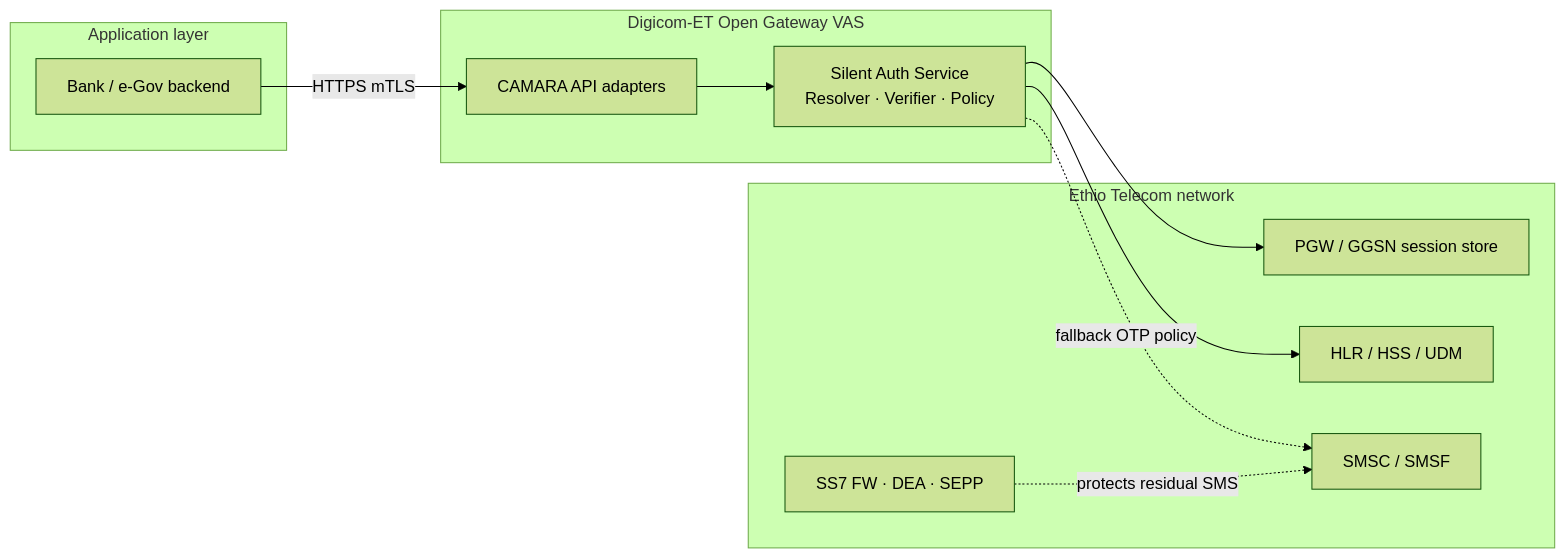
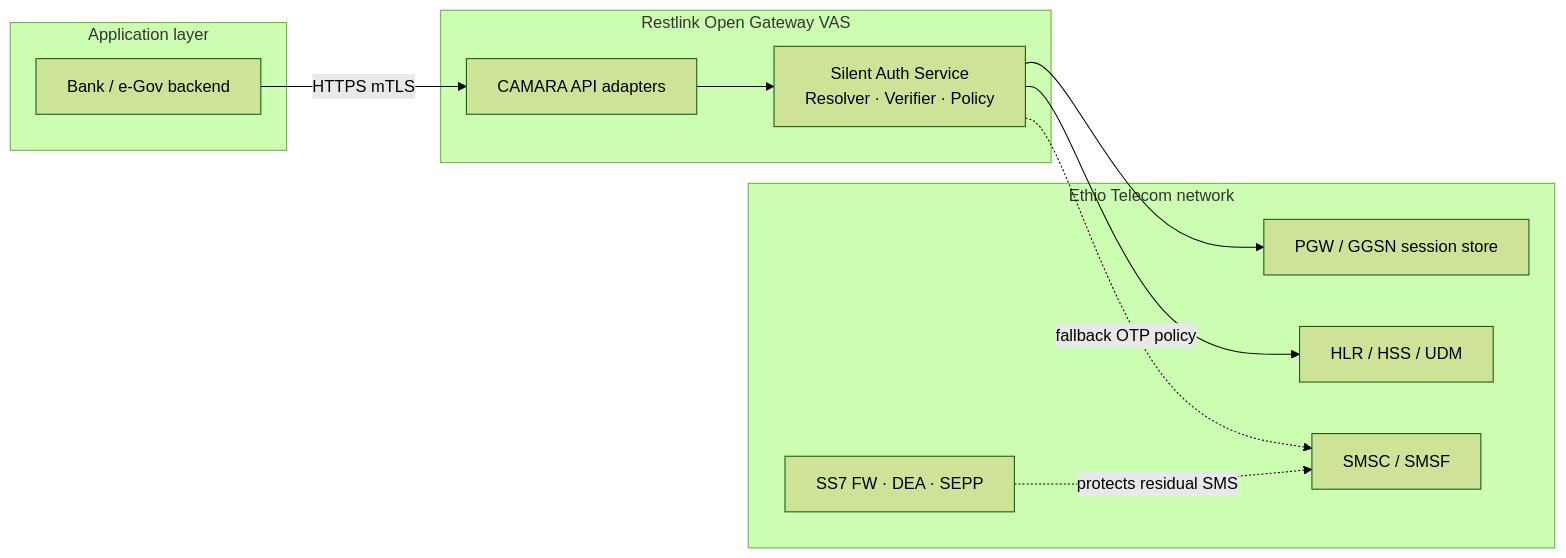
One commit to nhanth87/silent-authentication changed the diagram in proposal/chapters/07_camara_open_gateway.md. Above: the diagram before and after it, drawn with Mermaid (forest theme). The commit also changed other lines of this file and 27 other files, not shown here.

````diff
--- a/proposal/chapters/07_camara_open_gateway.md
+++ b/proposal/chapters/07_camara_open_gateway.md
@@ -32,22 +32,22 @@
 ```mermaid
 flowchart LR
     subgraph apps [Application layer]
         Bank[Bank / e-Gov backend]
     end
-    subgraph digicom [Digicom-ET Open Gateway VAS]
+    subgraph restlink [Restlink Open Gateway VAS]
         SAS[Silent Auth Service<br/>Resolver · Verifier · Policy]
         CAM[CAMARA API adapters]
     end
     subgraph telco [Ethio Telecom network]
         PGW[PGW / GGSN session store]
         HSS[HLR / HSS / UDM]
         SMSC[SMSC / SMSF]
         FW[SS7 FW · DEA · SEPP]
     end
     Bank -->|HTTPS mTLS| CAM
     CAM --> SAS
     SAS --> PGW
     SAS --> HSS
     SAS -.fallback OTP policy.-> SMSC
     FW -.protects residual SMS.-> SMSC
 ```
````
